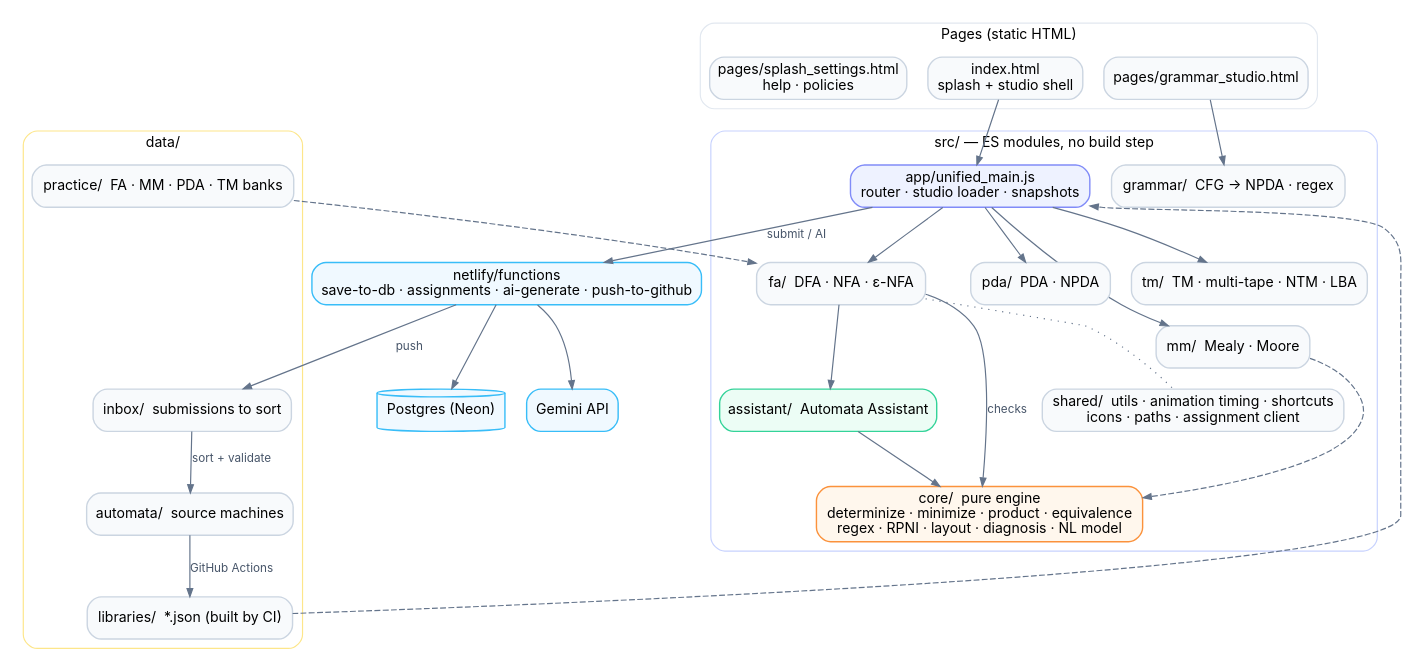
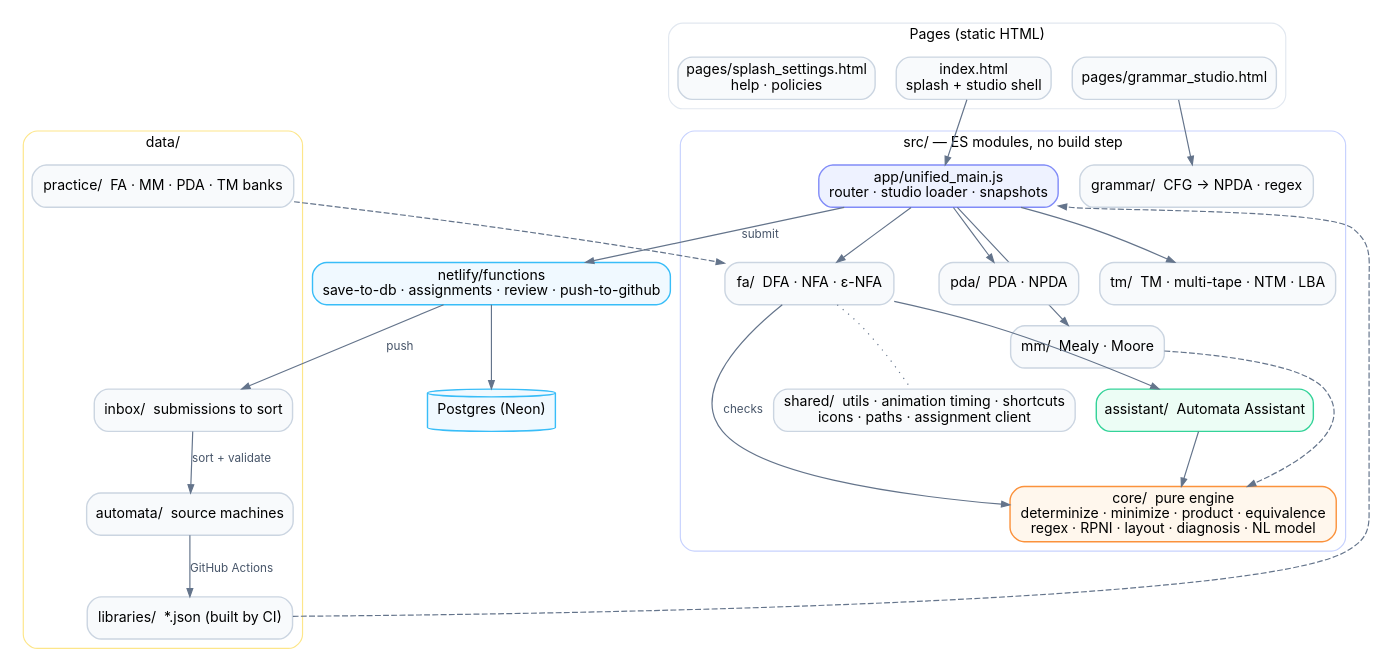
Before and after one commit to shiroonigami23-ui/Toc-Suite: the diagram in docs/figures/architecture.dot, drawn with Graphviz. The commit also changed 26 other files, not shown here.

First line of the commit message:
chore: remove unused AI generator (modal, image/text import, ai-auth, Gemini functions) and its doc mentions

```diff
--- a/docs/figures/architecture.dot
+++ b/docs/figures/architecture.dot
@@ -1,16 +1,16 @@
 digraph A { rankdir=TB; bgcolor="white"; compound=true; newrank=true; node [shape=box style="rounded,filled" fontname="Inter" fontsize=12 color="#cbd5e1" fillcolor="#f8fafc" penwidth=1.2]; edge [fontname="Inter" fontsize=10 color="#64748b" fontcolor="#475569" arrowsize=0.7];
   subgraph cluster_ui { label="Pages (static HTML)"; fontname="Inter"; fontsize=12; color="#e2e8f0"; style="rounded";
     index [label="index.html\nsplash + studio shell"]; grammar [label="pages/grammar_studio.html"]; settings [label="pages/splash_settings.html\nhelp · policies"]; }
   subgraph cluster_app { label="src/ — ES modules, no build step"; fontname="Inter"; fontsize=12; color="#c7d2fe"; style="rounded";
     main [label="app/unified_main.js\nrouter · studio loader · snapshots" fillcolor="#eef2ff" color="#818cf8"];
     fa [label="fa/  DFA · NFA · ε-NFA"]; mm [label="mm/  Mealy · Moore"]; pda [label="pda/  PDA · NPDA"]; tm [label="tm/  TM · multi-tape · NTM · LBA"]; gram [label="grammar/  CFG → NPDA · regex"];
     assist [label="assistant/  Automata Assistant" fillcolor="#ecfdf5" color="#34d399"];
     core [label="core/  pure engine\ndeterminize · minimize · product · equivalence\nregex · RPNI · layout · diagnosis · NL model" fillcolor="#fff7ed" color="#fb923c"];
     shared [label="shared/  utils · animation timing · shortcuts\nicons · paths · assignment client"]; }
   subgraph cluster_data { label="data/"; fontname="Inter"; fontsize=12; color="#fde68a"; style="rounded";
     practice [label="practice/  FA · MM · PDA · TM banks"]; libs [label="libraries/  *.json (built by CI)"]; automata [label="automata/  source machines"]; inbox [label="inbox/  submissions to sort"]; }
-  functions [label="netlify/functions\nsave-to-db · assignments · ai-generate · push-to-github" fillcolor="#f0f9ff" color="#38bdf8"];
-  db [label="Postgres (Neon)" shape=cylinder fillcolor="#f0f9ff" color="#38bdf8"]; gemini [label="Gemini API" fillcolor="#f0f9ff" color="#38bdf8"];
+  functions [label="netlify/functions\nsave-to-db · assignments · review · push-to-github" fillcolor="#f0f9ff" color="#38bdf8"];
+  db [label="Postgres (Neon)" shape=cylinder fillcolor="#f0f9ff" color="#38bdf8"];
   index -> main; grammar -> gram; main -> fa; main -> mm; main -> pda; main -> tm; fa -> assist; assist -> core; fa -> core [label="checks"]; mm -> core [style=dashed];
   fa -> shared [style=dotted arrowhead=none]; practice -> fa [style=dashed]; libs -> main [style=dashed]; automata -> libs [label="GitHub Actions"]; inbox -> automata [label="sort + validate"];
-  main -> functions [label="submit / AI"]; functions -> db; functions -> gemini; functions -> inbox [label="push"]; }
+  main -> functions [label="submit"]; functions -> db; functions -> inbox [label="push"]; }
```
